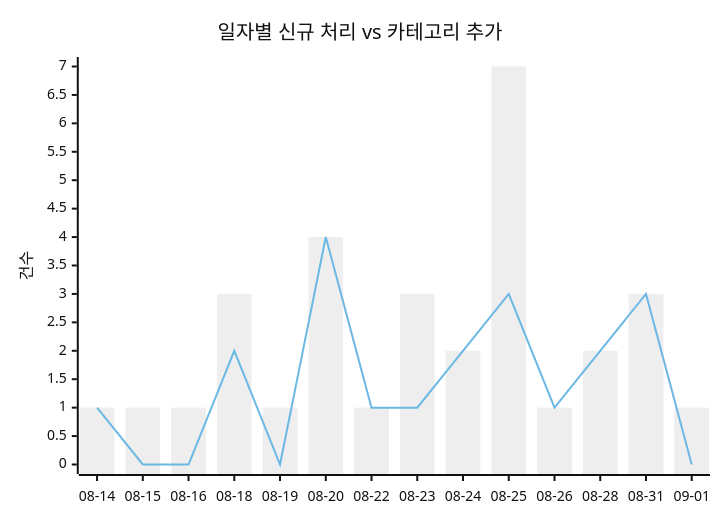
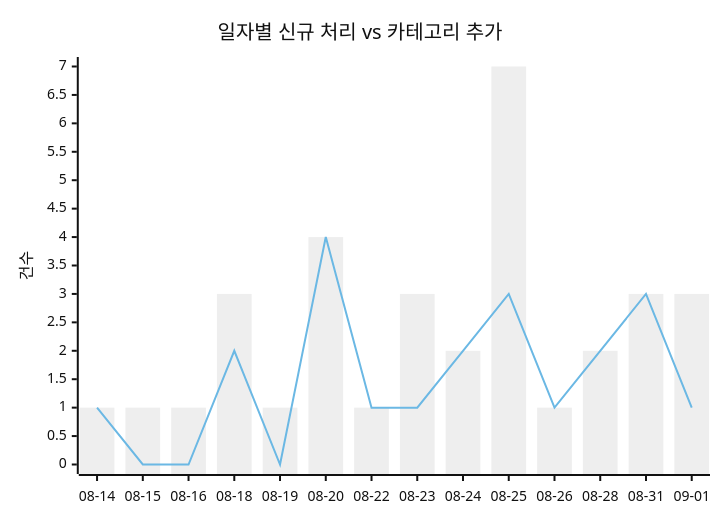
One commit to J-nowcow/awesome-korean-agent-skills changed the first of 2 diagrams in docs/trends.md. Above: the diagram before and after it, drawn with Mermaid (neutral theme). The commit also changed other lines of this file and 4 other files, not shown here.

````diff
--- a/docs/trends.md
+++ b/docs/trends.md
@@ -32,8 +32,8 @@
 ```mermaid
 xychart-beta
     title "일자별 신규 처리 vs 카테고리 추가"
     x-axis ["08-14","08-15","08-16","08-18","08-19","08-20","08-22","08-23","08-24","08-25","08-26","08-28","08-31","09-01"]
     y-axis "건수"
-    bar [1,1,1,3,1,4,1,3,2,7,1,2,3,1]
-    line [1,0,0,2,0,4,1,1,2,3,1,2,3,0]
+    bar [1,1,1,3,1,4,1,3,2,7,1,2,3,3]
+    line [1,0,0,2,0,4,1,1,2,3,1,2,3,1]
 ```
````
